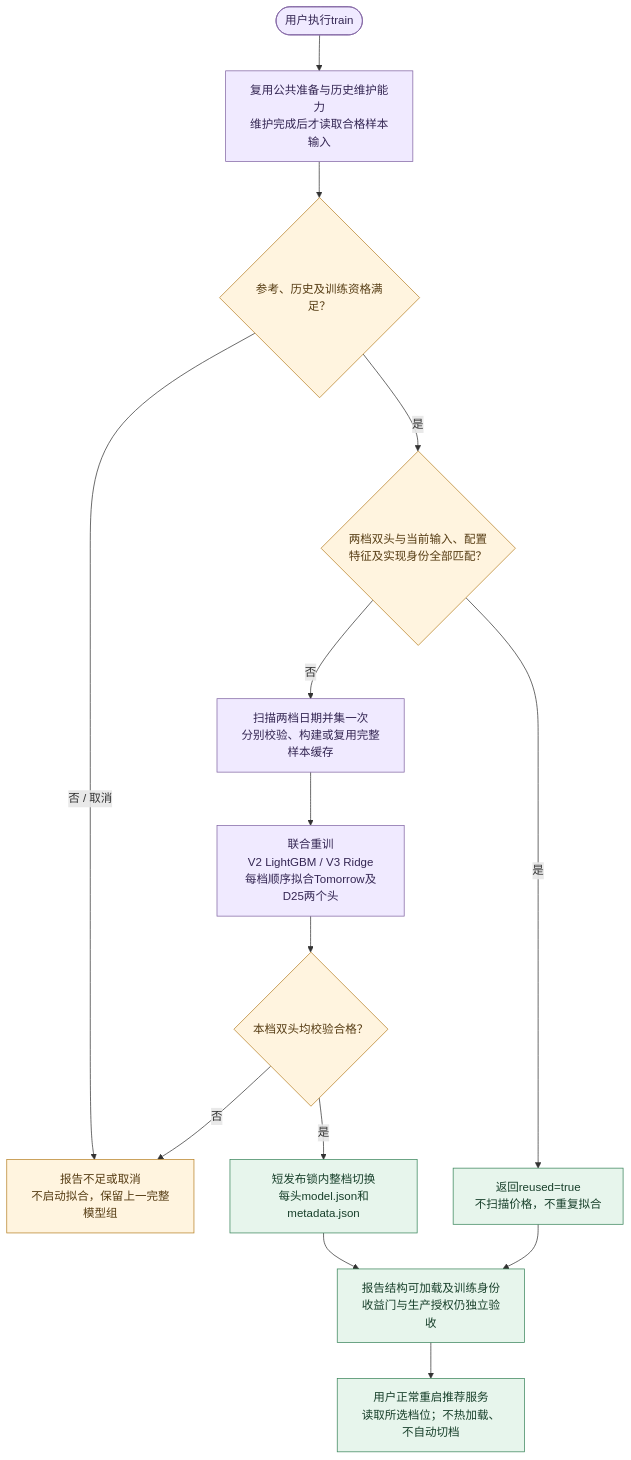
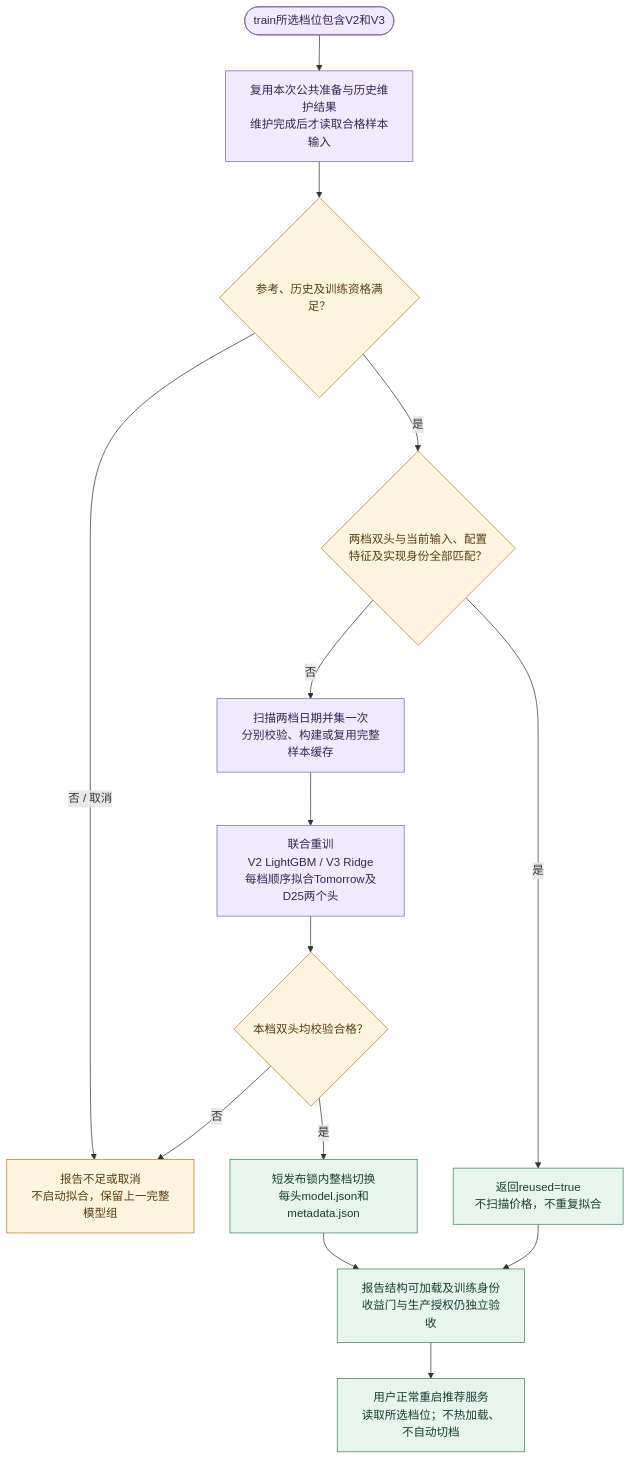
One commit to 373699756/trader changed the second of 4 diagrams in docs/4_下载训练.md. Above: the diagram before and after it, drawn with Mermaid. The commit also changed other lines of this file and 24 other files, not shown here.

````diff
--- a/docs/4_下载训练.md
+++ b/docs/4_下载训练.md
@@ -63,22 +65,22 @@
 ```mermaid
 flowchart TD
-    Train(["用户执行train"]) --> History["复用公共准备与历史维护能力<br/>维护完成后才读取合格样本输入"]
+    Train(["train所选档位包含V2和V3"]) --> History["复用本次公共准备与历史维护结果<br/>维护完成后才读取合格样本输入"]
     History --> Ready{"参考、历史及训练资格满足？"}
     Ready -->|否 / 取消| Stop["报告不足或取消<br/>不启动拟合，保留上一完整模型组"]
     Ready -->|是| Identity{"两档双头与当前输入、配置<br/>特征及实现身份全部匹配？"}
     Identity -->|是| Reuse["返回reused=true<br/>不扫描价格，不重复拟合"]
     Identity -->|否| Samples["扫描两档日期并集一次<br/>分别校验、构建或复用完整样本缓存"]
     Samples --> Fit["联合重训<br/>V2 LightGBM / V3 Ridge<br/>每档顺序拟合Tomorrow及D25两个头"]
     Fit --> Valid{"本档双头均校验合格？"}
     Valid -->|否| Stop
     Valid -->|是| Publish["短发布锁内整档切换<br/>每头model.json和metadata.json"]
     Publish --> Result["报告结构可加载及训练身份<br/>收益门与生产授权仍独立验收"]
     Reuse --> Result
     Result --> Restart["用户正常重启推荐服务<br/>读取所选档位；不热加载、不自动切档"]
     classDef work fill:#f0eaff,stroke:#8064a2,color:#342653;
     classDef result fill:#e7f5ec,stroke:#39845a,color:#173f2a;
     classDef gate fill:#fff4df,stroke:#b78126,color:#563c13;
     class Train,History,Samples,Fit work;
     class Reuse,Publish,Result,Restart result;
     class Ready,Identity,Valid,Stop gate;
 ```
````
